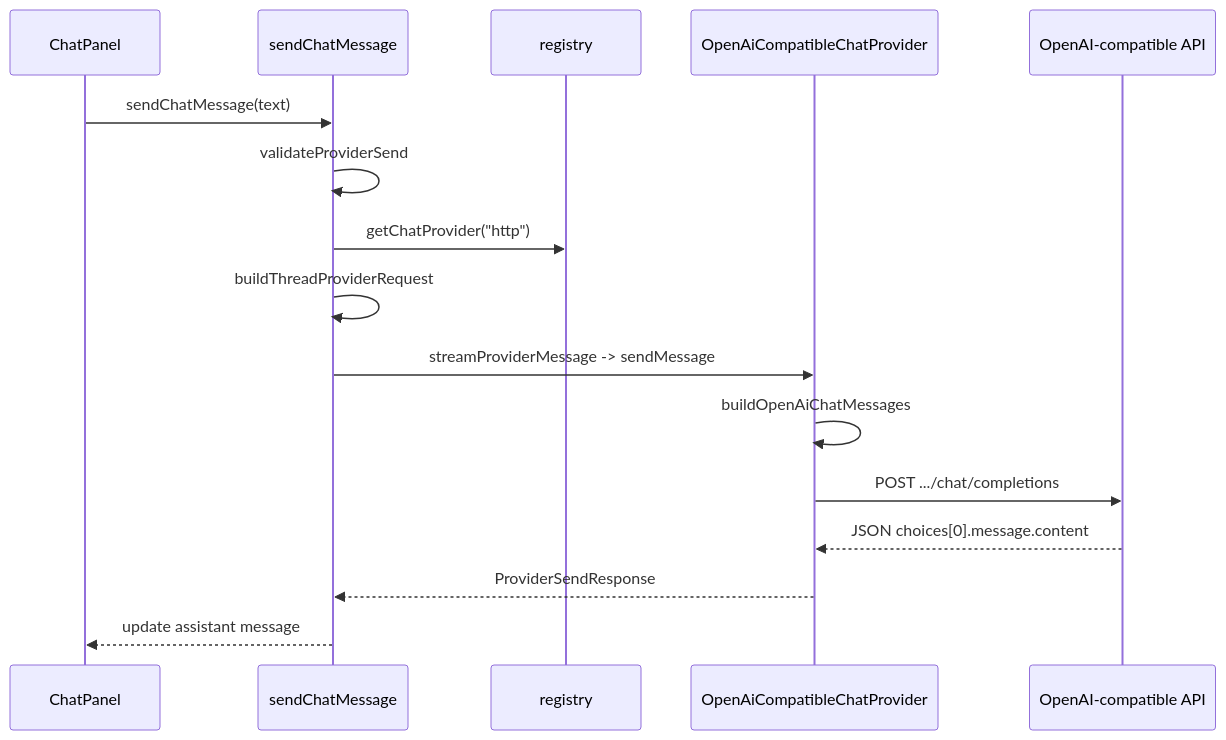
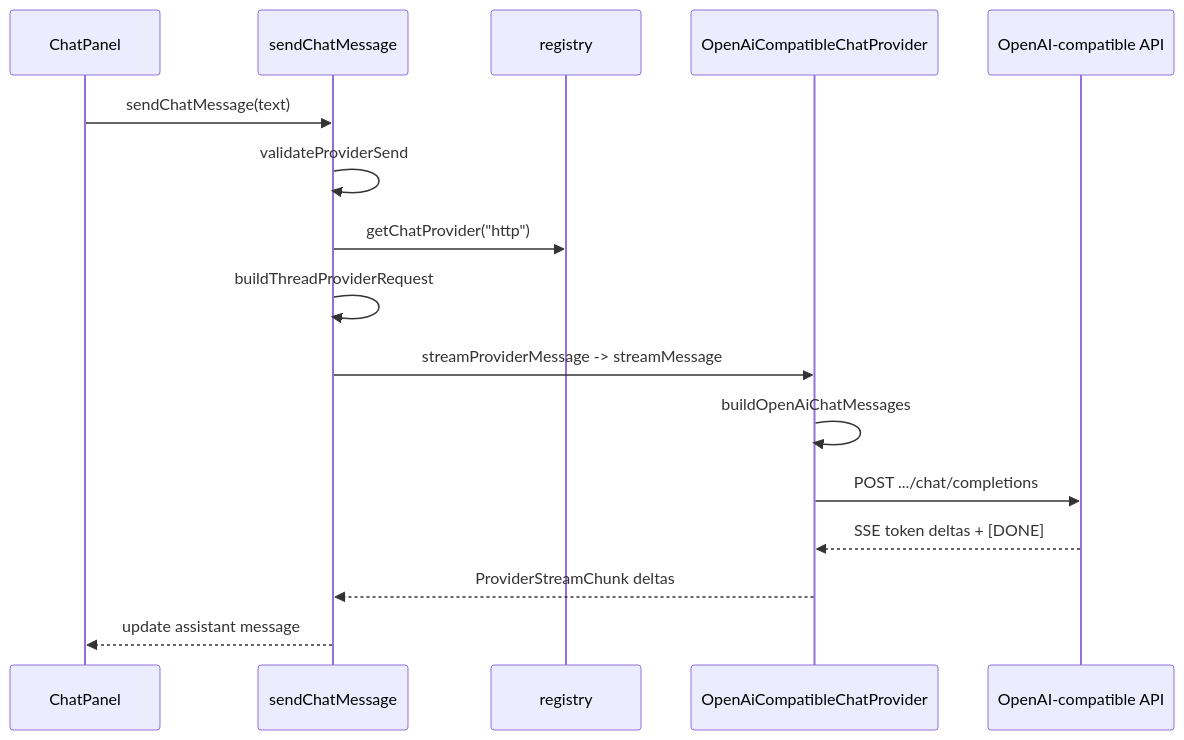
One commit to AlexeyPerov/SpecOps changed the diagram in docs/providers.md. Above: the diagram before and after it, drawn with Mermaid. The commit also changed other lines of this file and 4 other files, not shown here.

````diff
--- a/docs/providers.md
+++ b/docs/providers.md
@@ -7,19 +7,19 @@
 ```mermaid
 sequenceDiagram
   participant UI as ChatPanel
   participant Send as sendChatMessage
   participant Reg as registry
   participant HTTP as OpenAiCompatibleChatProvider
   participant API as OpenAI-compatible API
 
   UI->>Send: sendChatMessage(text)
   Send->>Send: validateProviderSend
   Send->>Reg: getChatProvider("http")
   Send->>Send: buildThreadProviderRequest
-  Send->>HTTP: streamProviderMessage -> sendMessage
+  Send->>HTTP: streamProviderMessage -> streamMessage
   HTTP->>HTTP: buildOpenAiChatMessages
   HTTP->>API: POST .../chat/completions
-  API-->>HTTP: JSON choices[0].message.content
-  HTTP-->>Send: ProviderSendResponse
+  API-->>HTTP: SSE token deltas + [DONE]
+  HTTP-->>Send: ProviderStreamChunk deltas
   Send-->>UI: update assistant message
 ```
````
